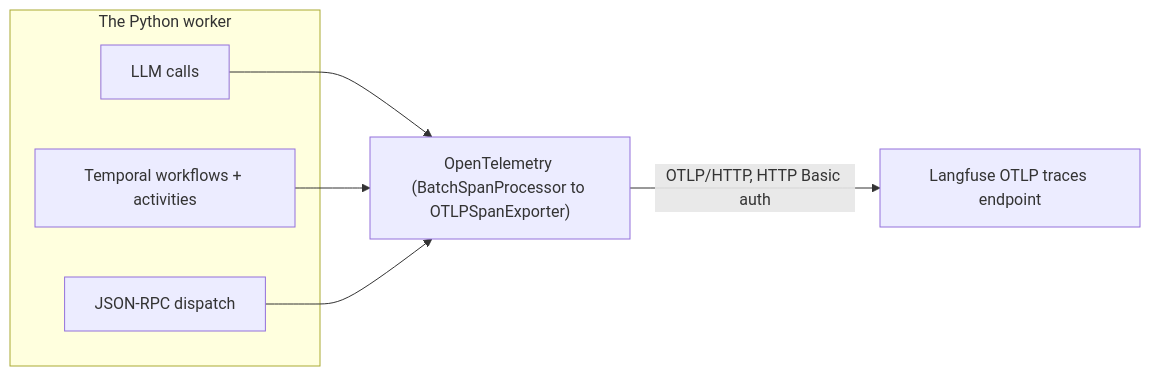
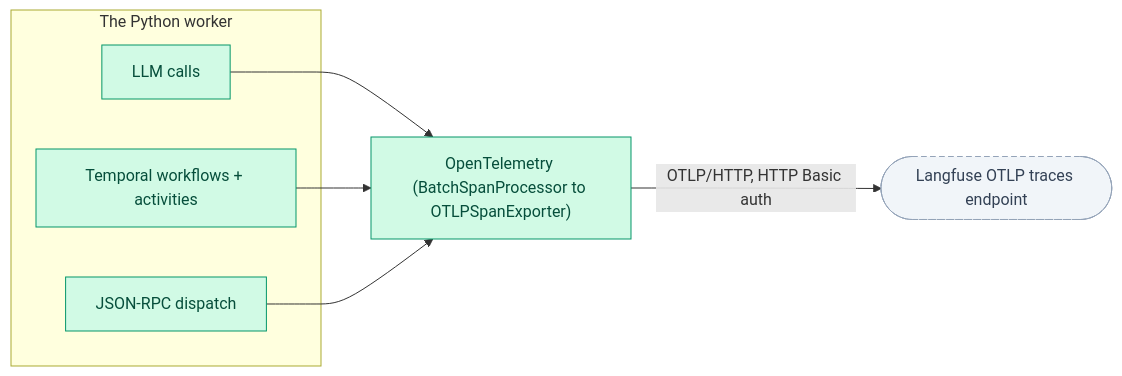
One commit to ebarti/JobCtrl changed the diagram in docs/architecture/observability.md. Above: the diagram before and after it, drawn with Mermaid. The commit also changed 19 other files, not shown here.

````diff
--- a/docs/architecture/observability.md
+++ b/docs/architecture/observability.md
@@ -9,14 +9,19 @@
 ```mermaid
 flowchart LR
     subgraph Worker["The Python worker"]
         LLM["LLM calls"]
         WF["Temporal workflows + activities"]
         RPC["JSON-RPC dispatch"]
     end
     OTel["OpenTelemetry (BatchSpanProcessor to OTLPSpanExporter)"]
-    LF["Langfuse OTLP traces endpoint"]
+    LF(["Langfuse OTLP traces endpoint"])
     LLM --> OTel
     WF --> OTel
     RPC --> OTel
     OTel -->|"OTLP/HTTP, HTTP Basic auth"| LF
+
+    classDef py fill:#d1fae5,stroke:#059669,color:#064e3b
+    classDef ext fill:#f1f5f9,stroke:#94a3b8,color:#334155,stroke-dasharray:5 4
+    class LLM,WF,RPC,OTel py
+    class LF ext
 ```
````
